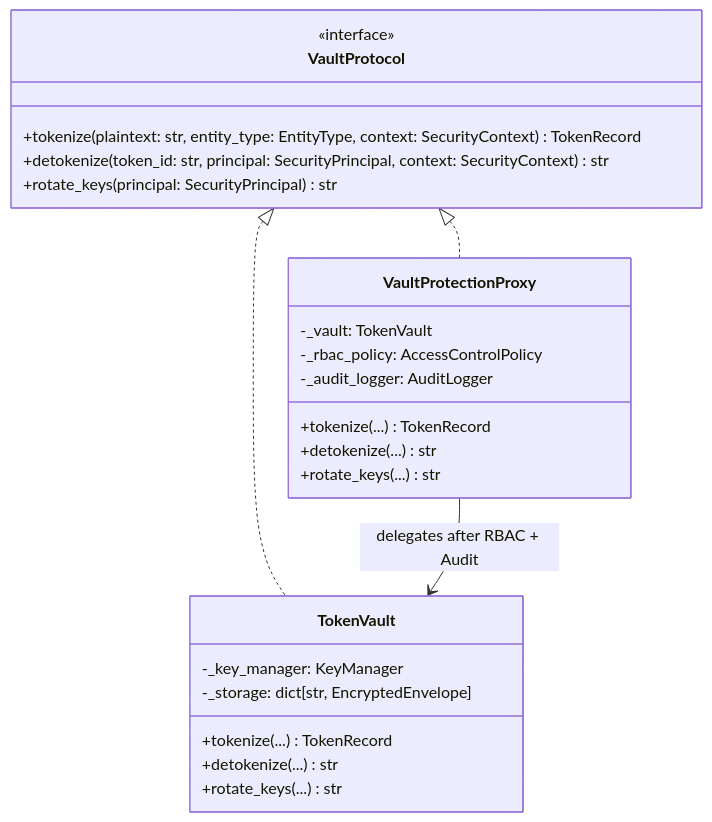
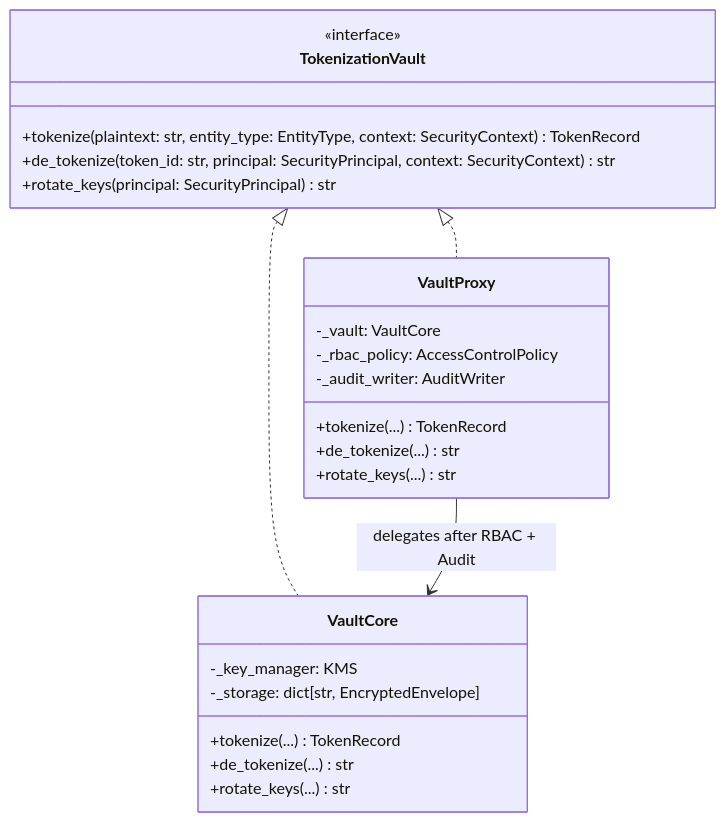
The diagram in docs/adr/004-protection-proxy-token-vault.md (gniewekk/Privacy-Preserving-Context-Pipeline-for-LLMs-DP), drawn with Mermaid before and after one commit. The commit also changed other lines of this file and 30 other files, not shown here.

````diff
--- a/docs/adr/004-protection-proxy-token-vault.md
+++ b/docs/adr/004-protection-proxy-token-vault.md
@@ -24,27 +24,27 @@
 ```mermaid
 classDiagram
-    class VaultProtocol {
+    class TokenizationVault {
         <<interface>>
         +tokenize(plaintext: str, entity_type: EntityType, context: SecurityContext) TokenRecord
-        +detokenize(token_id: str, principal: SecurityPrincipal, context: SecurityContext) str
+        +de_tokenize(token_id: str, principal: SecurityPrincipal, context: SecurityContext) str
         +rotate_keys(principal: SecurityPrincipal) str
     }
-    class VaultProtectionProxy {
-        -_vault: TokenVault
+    class VaultProxy {
+        -_vault: VaultCore
         -_rbac_policy: AccessControlPolicy
-        -_audit_logger: AuditLogger
+        -_audit_writer: AuditWriter
         +tokenize(...) TokenRecord
-        +detokenize(...) str
+        +de_tokenize(...) str
         +rotate_keys(...) str
     }
-    class TokenVault {
-        -_key_manager: KeyManager
+    class VaultCore {
+        -_key_manager: KMS
         -_storage: dict[str, EncryptedEnvelope]
         +tokenize(...) TokenRecord
-        +detokenize(...) str
+        +de_tokenize(...) str
         +rotate_keys(...) str
     }
-    VaultProtocol <|.. VaultProtectionProxy
-    VaultProtocol <|.. TokenVault
-    VaultProtectionProxy --> TokenVault : delegates after RBAC + Audit
+    TokenizationVault <|.. VaultProxy
+    TokenizationVault <|.. VaultCore
+    VaultProxy --> VaultCore : delegates after RBAC + Audit
 ```
````
